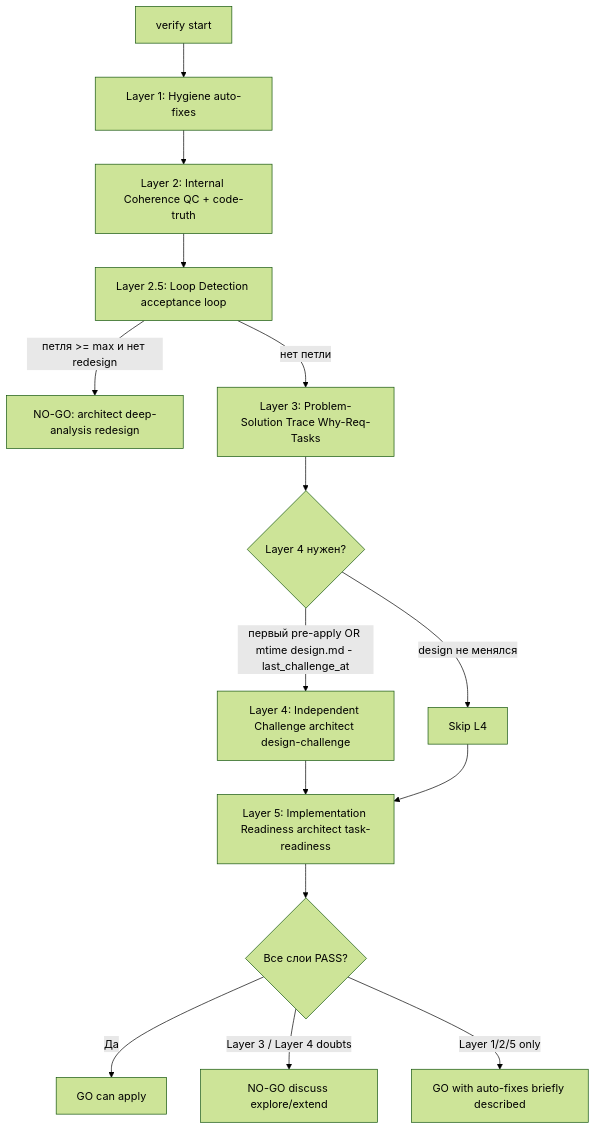
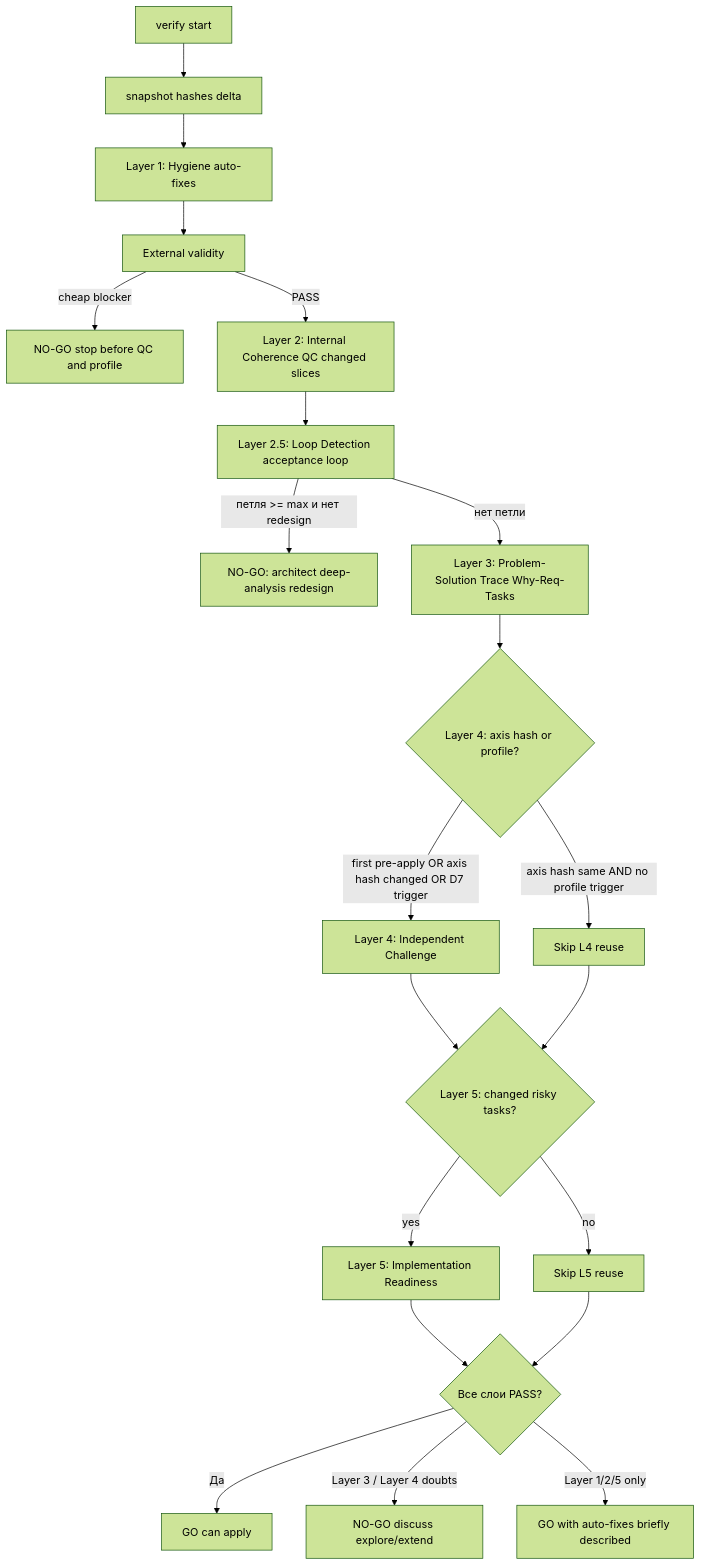
One commit to Borisov-Ivan/1c-ai-development-kit-van changed the diagram in .cursor/skills/openspec-verify-change/SKILL.md. Above: the diagram before and after it, drawn with Mermaid (forest theme). The commit also changed other lines of this file and 48 other files, not shown here.

````diff
--- a/.cursor/skills/openspec-verify-change/SKILL.md
+++ b/.cursor/skills/openspec-verify-change/SKILL.md
@@ -25,18 +27,23 @@
 ```mermaid
 flowchart TD
-  start[verify start] --> L1[Layer 1: Hygiene auto-fixes]
-  L1 --> L2[Layer 2: Internal Coherence QC + code-truth]
+  start[verify start] --> Snap[snapshot hashes delta]
+  Snap --> L1[Layer 1: Hygiene auto-fixes]
+  L1 --> ExtVal[External validity]
+  ExtVal -->|cheap blocker| Stop[NO-GO stop before QC and profile]
+  ExtVal -->|PASS| L2[Layer 2: Internal Coherence QC changed slices]
   L2 --> L25[Layer 2.5: Loop Detection acceptance loop]
   L25 -->|петля >= max и нет redesign| LoopNoGo[NO-GO: architect deep-analysis redesign]
   L25 -->|нет петли| L3[Layer 3: Problem-Solution Trace Why-Req-Tasks]
-  L3 --> Trigger{Layer 4 нужен?}
-  Trigger -->|первый pre-apply OR mtime design.md - last_challenge_at| L4[Layer 4: Independent Challenge architect design-challenge]
-  Trigger -->|design не менялся| Skip[Skip L4]
-  L4 --> L5
-  Skip --> L5
-  L5[Layer 5: Implementation Readiness architect task-readiness]
+  L3 --> Trigger{Layer 4: axis hash or profile?}
+  Trigger -->|first pre-apply OR axis hash changed OR D7 trigger| L4[Layer 4: Independent Challenge]
+  Trigger -->|axis hash same AND no profile trigger| SkipL4[Skip L4 reuse]
+  L4 --> L5trig{Layer 5: changed risky tasks?}
+  SkipL4 --> L5trig
+  L5trig -->|yes| L5[Layer 5: Implementation Readiness]
+  L5trig -->|no| SkipL5[Skip L5 reuse]
   L5 --> Verdict{Все слои PASS?}
+  SkipL5 --> Verdict
   Verdict -->|Да| GO[GO can apply]
   Verdict -->|Layer 3 / Layer 4 doubts| NoGo[NO-GO discuss explore/extend]
   Verdict -->|Layer 1/2/5 only| Hygiene[GO with auto-fixes briefly described]
 ```
````
